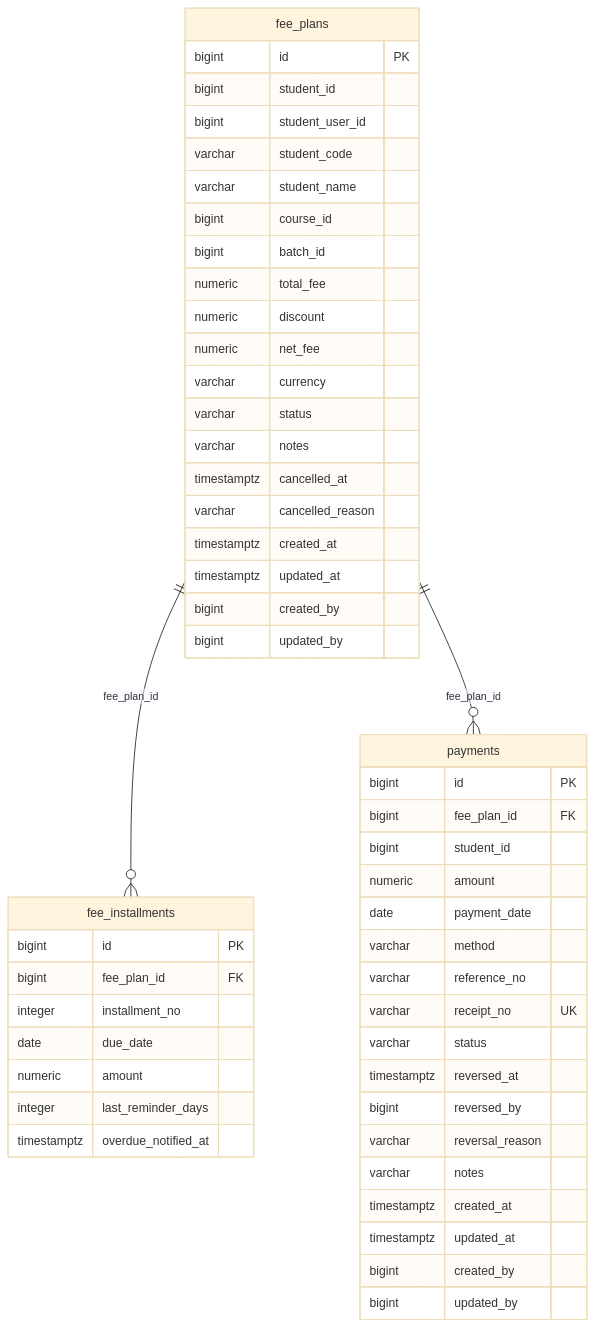
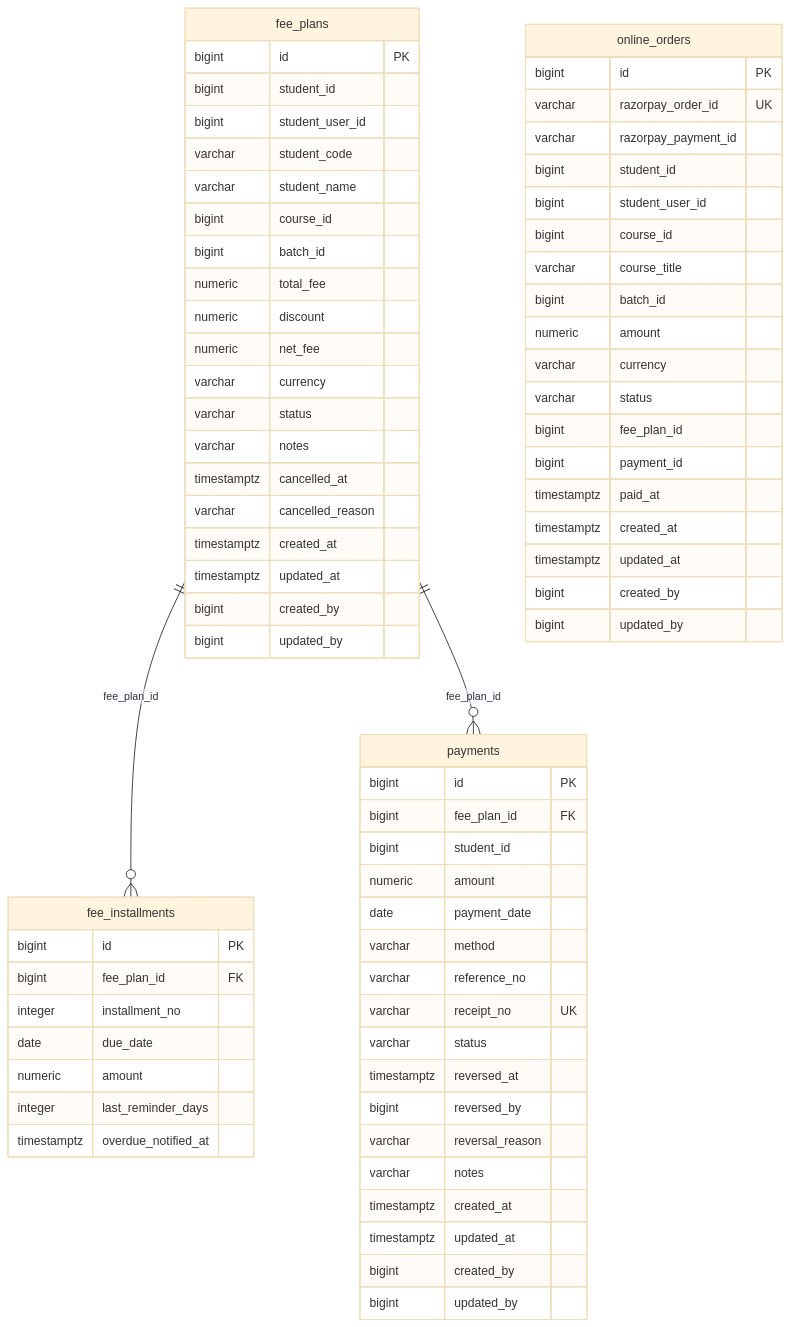
Before and after one commit to rohanrk2810/ITLMS: the diagram in docs/diagrams/db/finance.mmd, drawn with Mermaid (base theme). The commit also changed 53 other files, not shown here.

Commit message:
Courses: Buy and Inquiry buttons on course cards, and Razorpay online payment that records the fee and places the student in a batch

```diff
--- a/docs/diagrams/db/finance.mmd
+++ b/docs/diagrams/db/finance.mmd
@@ -1,52 +1,72 @@
 erDiagram
     fee_installments {
         bigint id PK
         bigint fee_plan_id FK
         integer installment_no
         date due_date
         numeric amount
         integer last_reminder_days
         timestamptz overdue_notified_at
     }
     fee_plans {
         bigint id PK
         bigint student_id
         bigint student_user_id
         varchar student_code
         varchar student_name
         bigint course_id
         bigint batch_id
         numeric total_fee
         numeric discount
         numeric net_fee
         varchar currency
         varchar status
         varchar notes
         timestamptz cancelled_at
         varchar cancelled_reason
         timestamptz created_at
         timestamptz updated_at
         bigint created_by
         bigint updated_by
     }
+    online_orders {
+        bigint id PK
+        varchar razorpay_order_id UK
+        varchar razorpay_payment_id
+        bigint student_id
+        bigint student_user_id
+        bigint course_id
+        varchar course_title
+        bigint batch_id
+        numeric amount
+        varchar currency
+        varchar status
+        bigint fee_plan_id
+        bigint payment_id
+        timestamptz paid_at
+        timestamptz created_at
+        timestamptz updated_at
+        bigint created_by
+        bigint updated_by
+    }
     payments {
         bigint id PK
         bigint fee_plan_id FK
         bigint student_id
         numeric amount
         date payment_date
         varchar method
         varchar reference_no
         varchar receipt_no UK
         varchar status
         timestamptz reversed_at
         bigint reversed_by
         varchar reversal_reason
         varchar notes
         timestamptz created_at
         timestamptz updated_at
         bigint created_by
         bigint updated_by
     }
     fee_plans ||--o{ fee_installments : "fee_plan_id"
     fee_plans ||--o{ payments : "fee_plan_id"
```
